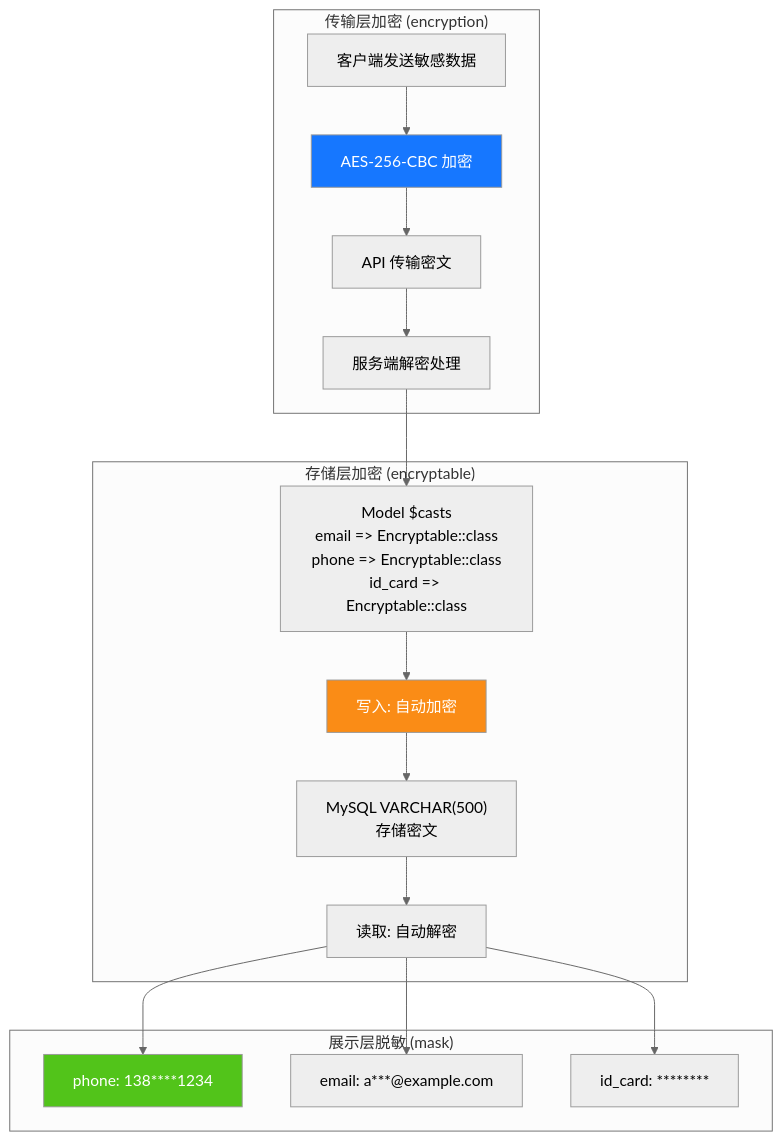
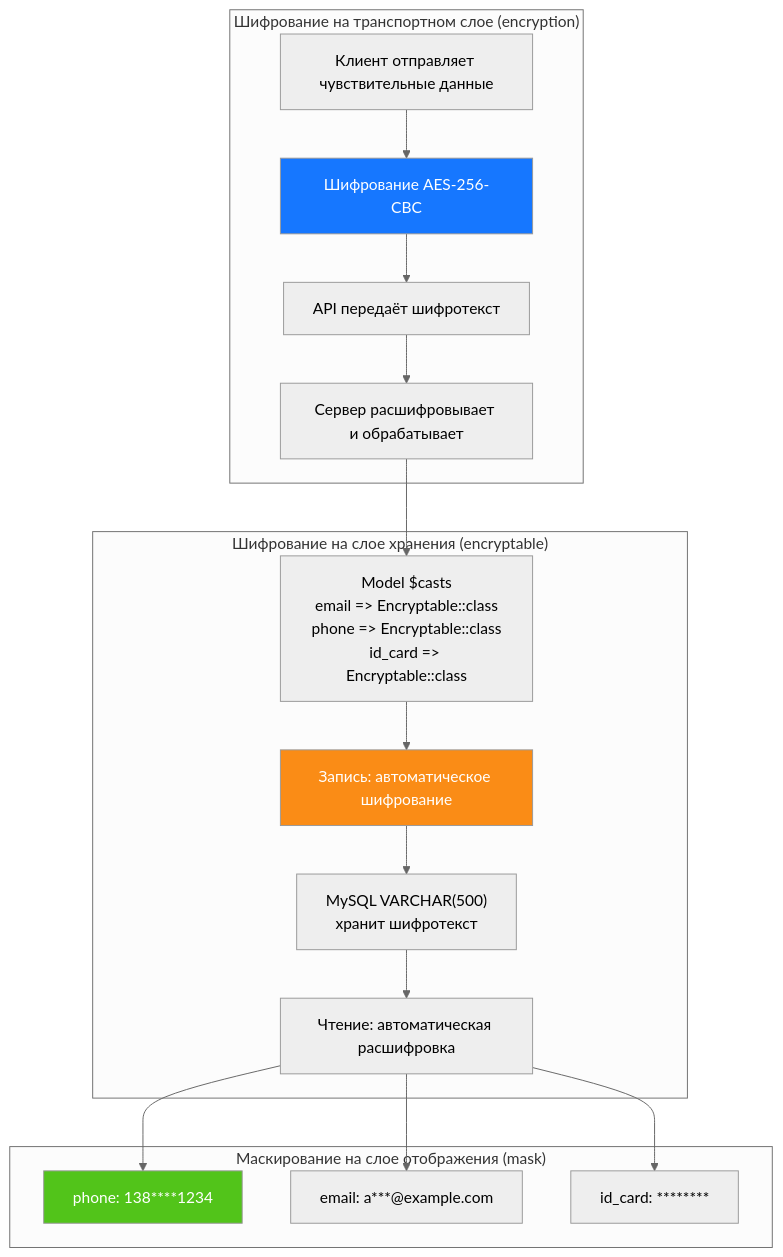
One commit to erikwang2013/game-platform-php changed the eighth of 14 diagrams in admin/docs/ARCHITECTURE.ru.md. Above: the diagram before and after it, drawn with Mermaid (neutral theme). The commit also changed other lines of this file and 211 other files, not shown here.

First line of the commit message:
fix: 支付配置读回类型根治、提现事件对账巡检，12 语族 mermaid 与 API 标签本地化

````diff
--- a/admin/docs/ARCHITECTURE.ru.md
+++ b/admin/docs/ARCHITECTURE.ru.md
@@ -397,31 +397,31 @@
 ```mermaid
 flowchart TB
-    subgraph "传输层加密 (encryption)"
-        E1["客户端发送敏感数据"]
-        E2["AES-256-CBC 加密"]
-        E3["API 传输密文"]
-        E4["服务端解密处理"]
+    subgraph "Шифрование на транспортном слое (encryption)"
+        E1["Клиент отправляет чувствительные данные"]
+        E2["Шифрование AES-256-CBC"]
+        E3["API передаёт шифротекст"]
+        E4["Сервер расшифровывает и обрабатывает"]
         E1 --> E2 --> E3 --> E4
     end
 
-    subgraph "存储层加密 (encryptable)"
+    subgraph "Шифрование на слое хранения (encryptable)"
         D1["Model $casts<br/>email => Encryptable::class<br/>phone => Encryptable::class<br/>id_card => Encryptable::class"]
-        D2["写入: 自动加密"]
-        D3["MySQL VARCHAR(500)<br/>存储密文"]
-        D4["读取: 自动解密"]
+        D2["Запись: автоматическое шифрование"]
+        D3["MySQL VARCHAR(500)<br/>хранит шифротекст"]
+        D4["Чтение: автоматическая расшифровка"]
         D1 --> D2 --> D3 --> D4
     end
 
-    subgraph "展示层脱敏 (mask)"
+    subgraph "Маскирование на слое отображения (mask)"
         M1["phone: 138****1234"]
         M2["email: a***@example.com"]
         M3["id_card: ********"]
         D4 --> M1 & M2 & M3
     end
 
     E4 --> D1
 
     style E2 fill:#1677FF,color:#fff
     style D2 fill:#FA8C16,color:#fff
     style M1 fill:#52C41A,color:#fff
 ```
````
